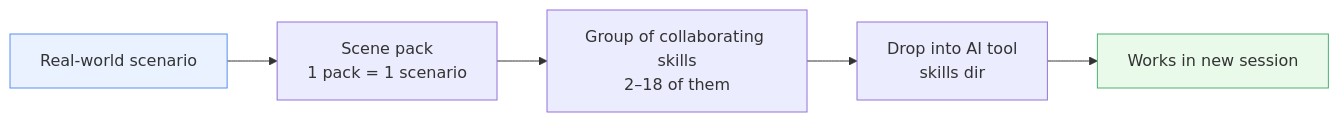
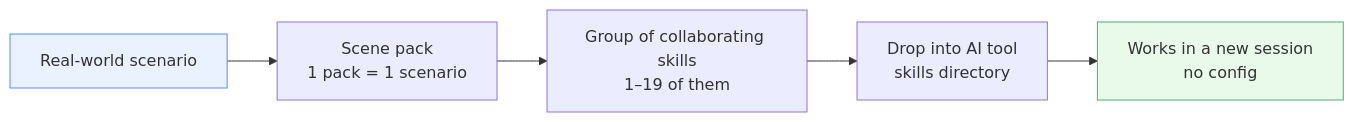
One commit to Morningstar202604/awesome-skillkit changed the diagram in README.md. Above: the diagram before and after it, drawn with Mermaid. The commit also changed other lines of this file and 595 other files, not shown here.

````diff
--- a/README.md
+++ b/README.md
@@ -40,9 +44,9 @@
 ```mermaid
 flowchart LR
     A[Real-world scenario] --> B[Scene pack<br/>1 pack = 1 scenario]
-    B --> C[Group of collaborating skills<br/>2–18 of them]
-    C --> D[Drop into AI tool<br/>skills dir]
-    D --> E[Works in new session]
+    B --> C[Group of collaborating skills<br/>1–19 of them]
+    C --> D[Drop into AI tool<br/>skills directory]
+    D --> E[Works in a new session<br/>no config]
     style A fill:#eaf2ff,stroke:#5b8def
     style E fill:#eafaea,stroke:#4caf72
 ```
````
